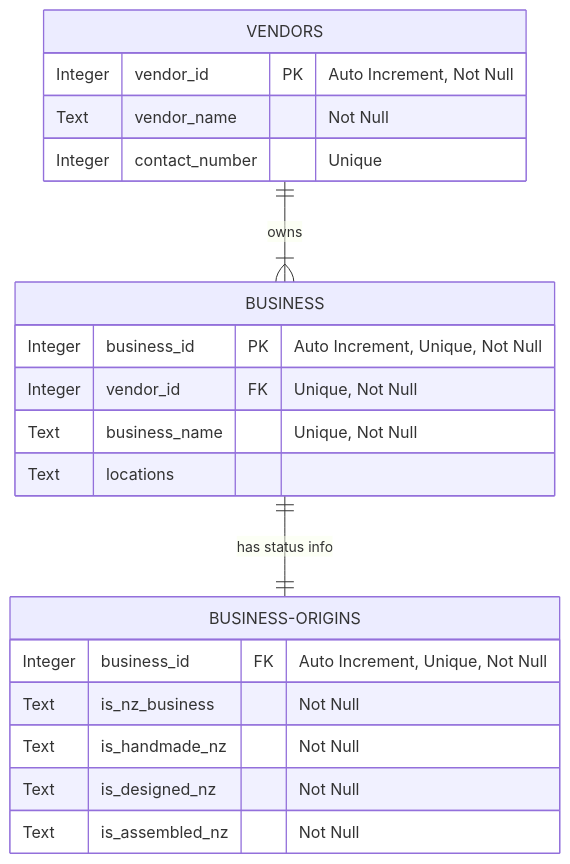
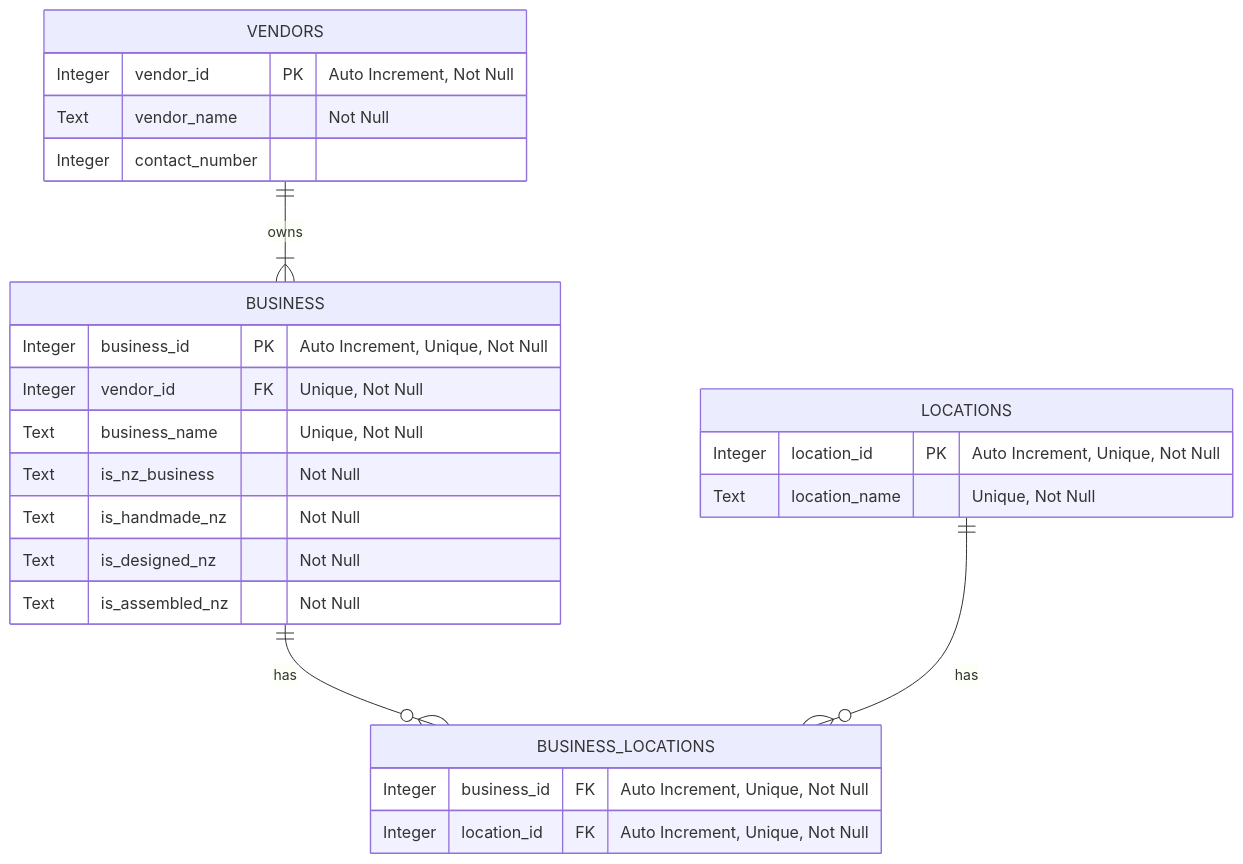
One commit to thomasem1369/12CSP_Flask changed the diagram in architecture/database.mmd. Above: the diagram before and after it, drawn with Mermaid.

Commit message:
Database 2nd Update

```diff
--- a/architecture/database.mmd
+++ b/architecture/database.mmd
@@ -1,26 +1,33 @@
 erDiagram
 
-    BUSINESS ||--|| BUSINESS-ORIGINS : "has status info"
     VENDORS ||--|{ BUSINESS : "owns"
+    BUSINESS ||--o{ BUSINESS_LOCATIONS: "has"
+    LOCATIONS ||--o{ BUSINESS_LOCATIONS: "has"
 
 
     BUSINESS{
         Integer business_id PK "Auto Increment, Unique, Not Null"
         Integer vendor_id FK "Unique, Not Null"
         Text business_name "Unique, Not Null"
-        Text locations
-    }
-    
-    BUSINESS-ORIGINS {
-        Integer business_id FK "Auto Increment, Unique, Not Null"
         Text is_nz_business "Not Null"
         Text is_handmade_nz "Not Null"
         Text is_designed_nz "Not Null"
         Text is_assembled_nz "Not Null"
     }
 
+
+    BUSINESS_LOCATIONS {
+        Integer business_id FK "Auto Increment, Unique, Not Null"
+        Integer location_id FK "Auto Increment, Unique, Not Null"
+    }
+
+    LOCATIONS{
+        Integer location_id PK "Auto Increment, Unique, Not Null"
+        Text location_name "Unique, Not Null"
+    }
+
     VENDORS{
         Integer vendor_id PK "Auto Increment, Not Null"
         Text vendor_name "Not Null"
-        Integer contact_number "Unique"
+        Integer contact_number 
     }
```
